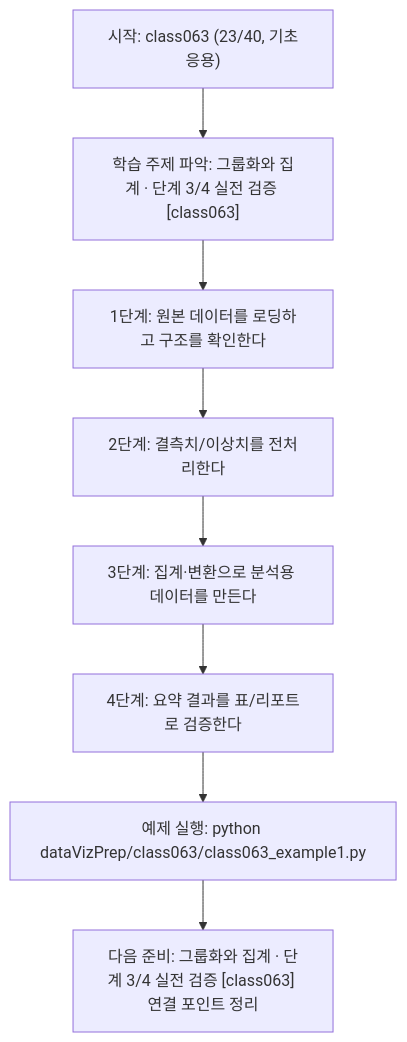
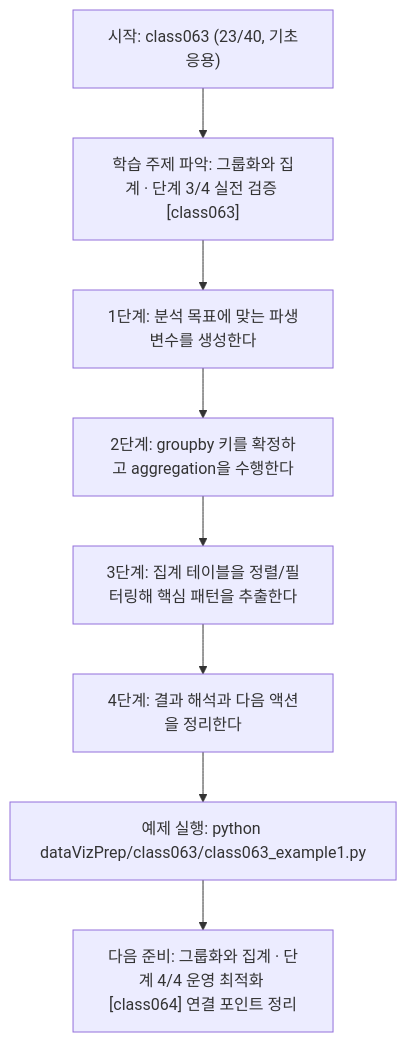
The diagram in dataVizPrep/class063/class063.md (edumgt/Python-AI_Agent-Class), drawn with Mermaid before and after one commit. The commit also changed other lines of this file and 283 other files, not shown here.

````diff
--- a/dataVizPrep/class063/class063.md
+++ b/dataVizPrep/class063/class063.md
@@ -110,18 +92,18 @@
 ```mermaid
 flowchart TD
 N1["시작: class063 (23/40, 기초응용)"]
 N2["학습 주제 파악: 그룹화와 집계 · 단계 3/4 실전 검증 [class063]"]
-N3["1단계: 원본 데이터를 로딩하고 구조를 확인한다"]
-N4["2단계: 결측치/이상치를 전처리한다"]
-N5["3단계: 집계·변환으로 분석용 데이터를 만든다"]
-N6["4단계: 요약 결과를 표/리포트로 검증한다"]
+N3["1단계: 분석 목표에 맞는 파생변수를 생성한다"]
+N4["2단계: groupby 키를 확정하고 aggregation을 수행한다"]
+N5["3단계: 집계 테이블을 정렬/필터링해 핵심 패턴을 추출한다"]
+N6["4단계: 결과 해석과 다음 액션을 정리한다"]
 N7["예제 실행: python dataVizPrep/class063/class063_example1.py"]
-N8["다음 준비: 그룹화와 집계 · 단계 3/4 실전 검증 [class063] 연결 포인트 정리"]
+N8["다음 준비: 그룹화와 집계 · 단계 4/4 운영 최적화 [class064] 연결 포인트 정리"]
 N1 --> N2
 N2 --> N3
 N3 --> N4
 N4 --> N5
 N5 --> N6
 N6 --> N7
 N7 --> N8
 ```
````
